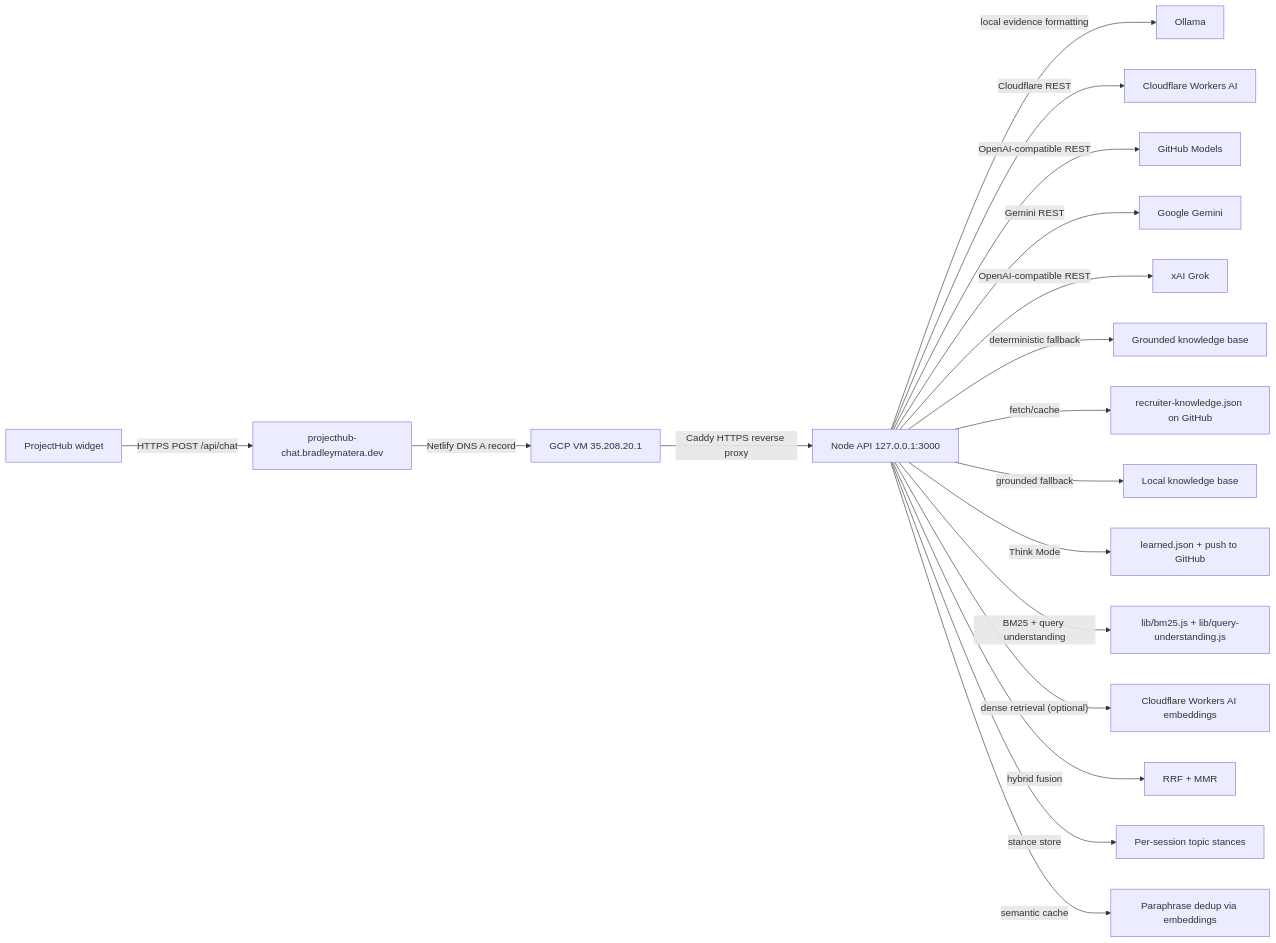
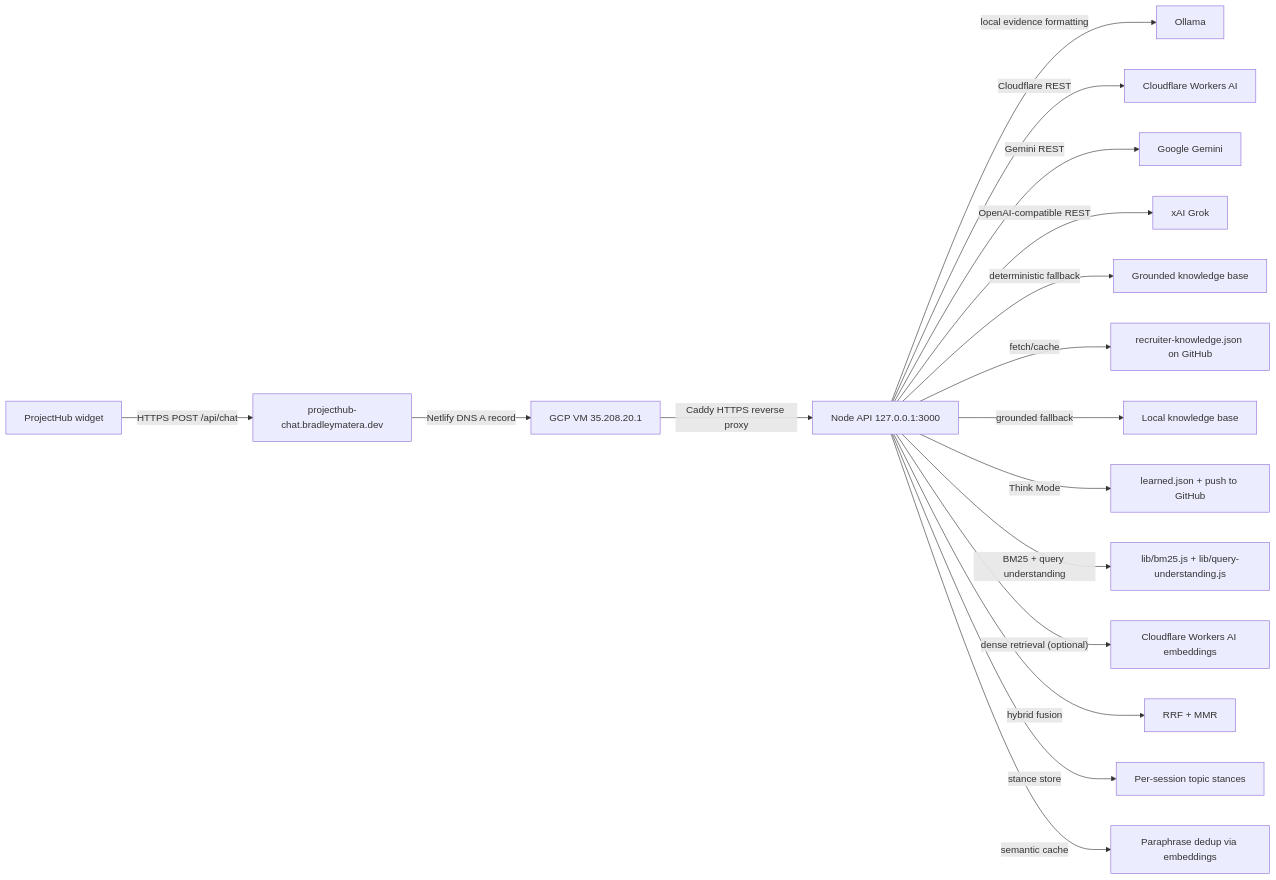
The diagram in docs/backend-guide.md (BradleyMatera/ProjectHub), drawn with Mermaid before and after one commit. The commit also changed other lines of this file and 17 other files, not shown here.

````diff
--- a/docs/backend-guide.md
+++ b/docs/backend-guide.md
@@ -30,20 +30,19 @@
 ```mermaid
 flowchart LR
   A[ProjectHub widget] -- HTTPS POST /api/chat --> B[projecthub-chat.bradleymatera.dev]
   B -- Netlify DNS A record --> C[GCP VM 35.208.20.1]
   C -- Caddy HTTPS reverse proxy --> D[Node API 127.0.0.1:3000]
   D -- local evidence formatting --> E1[Ollama]
   D -- Cloudflare REST --> E2[Cloudflare Workers AI]
-  D -- OpenAI-compatible REST --> E3[GitHub Models]
-  D -- Gemini REST --> E4[Google Gemini]
-  D -- OpenAI-compatible REST --> E5[xAI Grok]
-  D -- deterministic fallback --> E6[Grounded knowledge base]
+  D -- Gemini REST --> E3[Google Gemini]
+  D -- OpenAI-compatible REST --> E4[xAI Grok]
+  D -- deterministic fallback --> E5[Grounded knowledge base]
   D -- fetch/cache --> F[recruiter-knowledge.json on GitHub]
   D -- grounded fallback --> G[Local knowledge base]
   D -- Think Mode --> H[learned.json + push to GitHub]
   D -- BM25 + query understanding --> I[lib/bm25.js + lib/query-understanding.js]
   D -- dense retrieval (optional) --> J[Cloudflare Workers AI embeddings]
   D -- hybrid fusion --> K[RRF + MMR]
   D -- stance store --> L[Per-session topic stances]
   D -- semantic cache --> M[Paraphrase dedup via embeddings]
 ```
````
